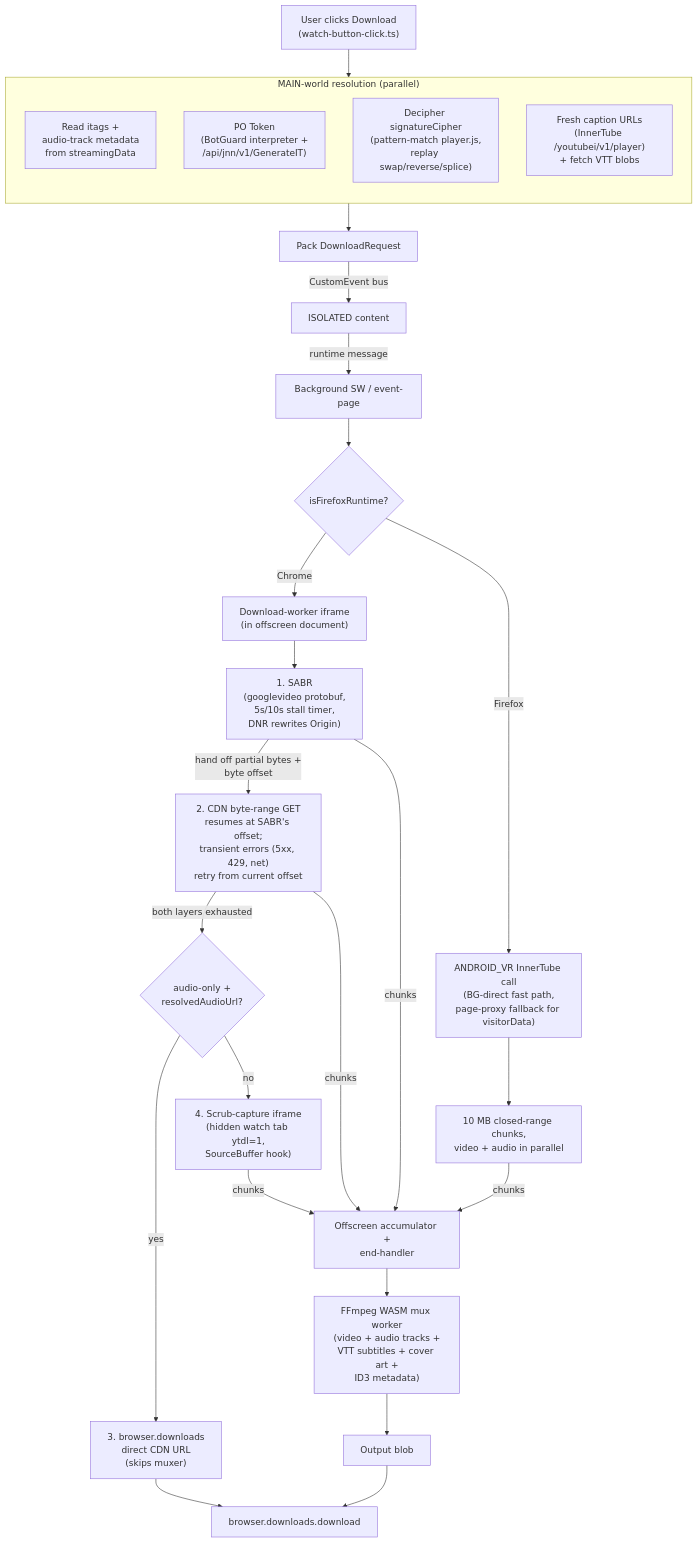
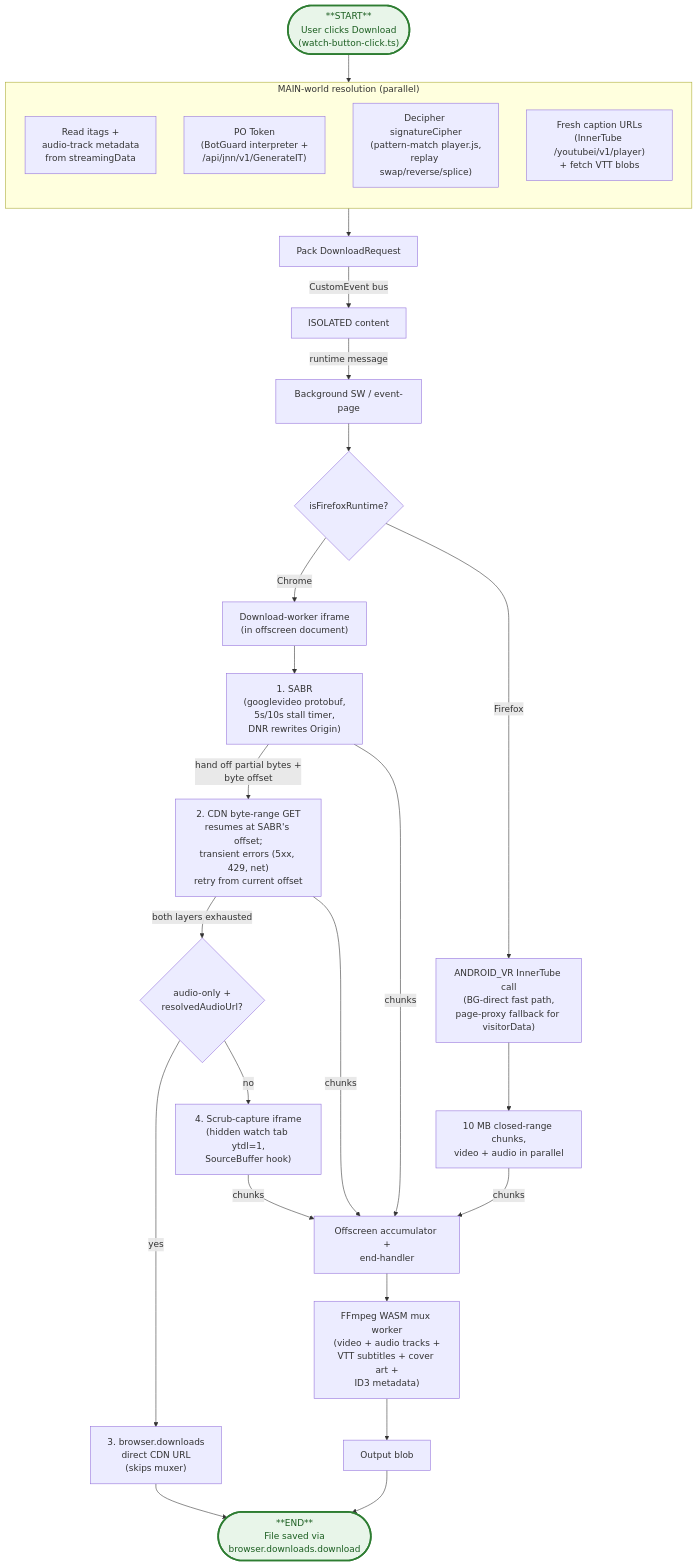
One commit to avi12/youtube-downloader changed the first of 3 diagrams in ARCHITECTURE.md. Above: the diagram before and after it, drawn with Mermaid.

Commit message:
ARCHITECTURE: distinguish start/end nodes with stadium shape + color

````diff
--- a/ARCHITECTURE.md
+++ b/ARCHITECTURE.md
@@ -9,39 +9,42 @@
 ```mermaid
 flowchart TB
-    Click["User clicks Download<br/>(watch-button-click.ts)"]
+    Click(["**START**<br/>User clicks Download<br/>(watch-button-click.ts)"])
 
     subgraph Resolve["MAIN-world resolution (parallel)"]
       direction TB
       Itags["Read itags +<br/>audio-track metadata<br/>from streamingData"]
       PO["PO Token<br/>(BotGuard interpreter +<br/>/api/jnn/v1/GenerateIT)"]
       Sig["Decipher signatureCipher<br/>(pattern-match player.js,<br/>replay swap/reverse/splice)"]
       Captions["Fresh caption URLs<br/>(InnerTube /youtubei/v1/player)<br/>+ fetch VTT blobs"]
     end
 
     Click --> Resolve
     Resolve --> Pack["Pack DownloadRequest"]
     Pack -->|"CustomEvent bus"| Iso["ISOLATED content"]
     Iso -->|"runtime message"| SW["Background SW / event-page"]
 
     SW --> Branch{"isFirefoxRuntime?"}
     Branch -->|"Chrome"| Worker["Download-worker iframe<br/>(in offscreen document)"]
     Branch -->|"Firefox"| FF["ANDROID_VR InnerTube call<br/>(BG-direct fast path,<br/>page-proxy fallback for visitorData)"]
 
     Worker --> SABR["1. SABR<br/>(googlevideo protobuf,<br/>5s/10s stall timer,<br/>DNR rewrites Origin)"]
     SABR -->|"hand off partial bytes +<br/>byte offset"| CDN["2. CDN byte-range GET<br/>resumes at SABR's offset;<br/>transient errors (5xx, 429, net)<br/>retry from current offset"]
     CDN -->|"both layers exhausted"| FB{"audio-only +<br/>resolvedAudioUrl?"}
     FB -->|"yes"| Direct["3. browser.downloads<br/>direct CDN URL<br/>(skips muxer)"]
     FB -->|"no"| Scrub["4. Scrub-capture iframe<br/>(hidden watch tab ytdl=1,<br/>SourceBuffer hook)"]
 
     FF --> FFchunk["10 MB closed-range chunks,<br/>video + audio in parallel"]
 
     SABR -->|"chunks"| Acc["Offscreen accumulator +<br/>end-handler"]
     CDN -->|"chunks"| Acc
     Scrub -->|"chunks"| Acc
     FFchunk -->|"chunks"| Acc
 
     Acc --> Mux["FFmpeg WASM mux worker<br/>(video + audio tracks +<br/>VTT subtitles + cover art +<br/>ID3 metadata)"]
     Mux --> Blob["Output blob"]
-    Blob --> DL["browser.downloads.download"]
+    Blob --> DL(["**END**<br/>File saved via<br/>browser.downloads.download"])
     Direct --> DL
+
+    classDef startEnd fill:#e8f5e9,stroke:#2e7d32,stroke-width:3px,color:#1b5e20
+    class Click,DL startEnd
 ```
````
